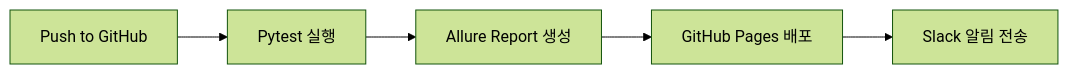
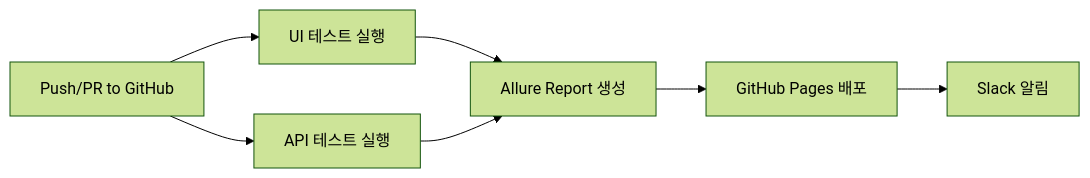
Before and after one commit to yoplekiller/QATEST: the diagram in README.md, drawn with Mermaid (forest theme). The commit also changed other lines of this file and 3 other files, not shown here.

````diff
--- a/README.md
+++ b/README.md
@@ -120,7 +141,9 @@
 ```mermaid
 graph LR
-    A[Push to GitHub] --> B[Pytest 실행]
-    B --> C[Allure Report 생성]
-    C --> D[GitHub Pages 배포]
-    D --> E[Slack 알림 전송]
+    A[Push/PR to GitHub] --> B[UI 테스트 실행]
+    A --> C[API 테스트 실행]
+    B --> D[Allure Report 생성]
+    C --> D
+    D --> E[GitHub Pages 배포]
+    E --> F[Slack 알림]
 ```
````
